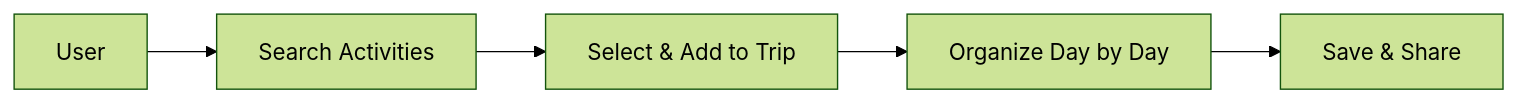
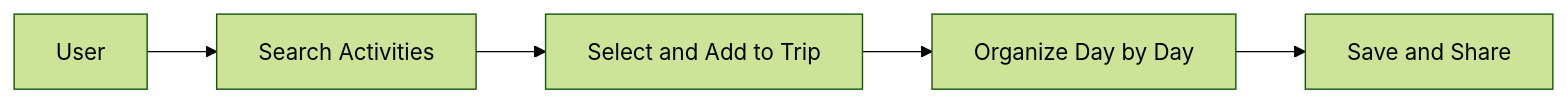
The second of 2 diagrams in README.md (Yugenjr/OdooxKAHE), drawn with Mermaid (forest theme) before and after one commit. The commit also changed other lines of this file and 8 other files, not shown here.

````diff
--- a/README.md
+++ b/README.md
@@ -45,7 +59,7 @@
 ```mermaid
 flowchart LR
   A[User] --> B[Search Activities]
-  B --> C[Select & Add to Trip]
+  B --> C[Select and Add to Trip]
   C --> D[Organize Day by Day]
-  D --> E[Save & Share]
+  D --> E[Save and Share]
 ```
````
